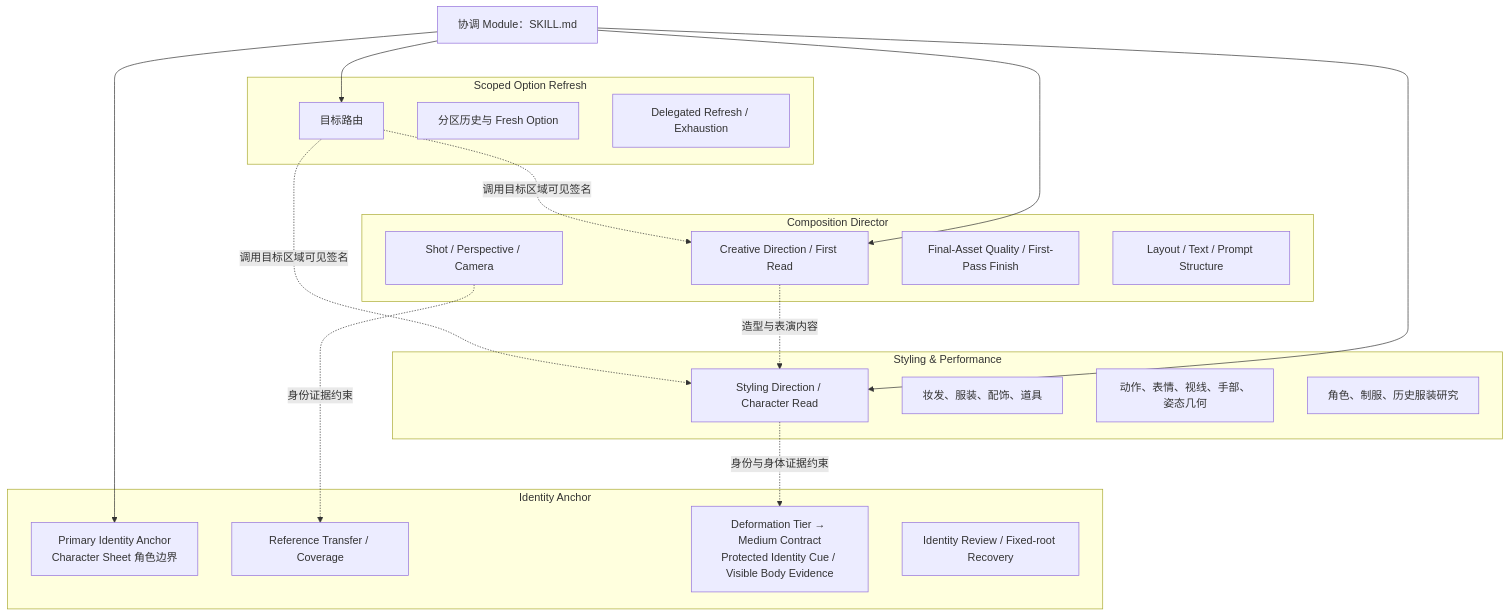
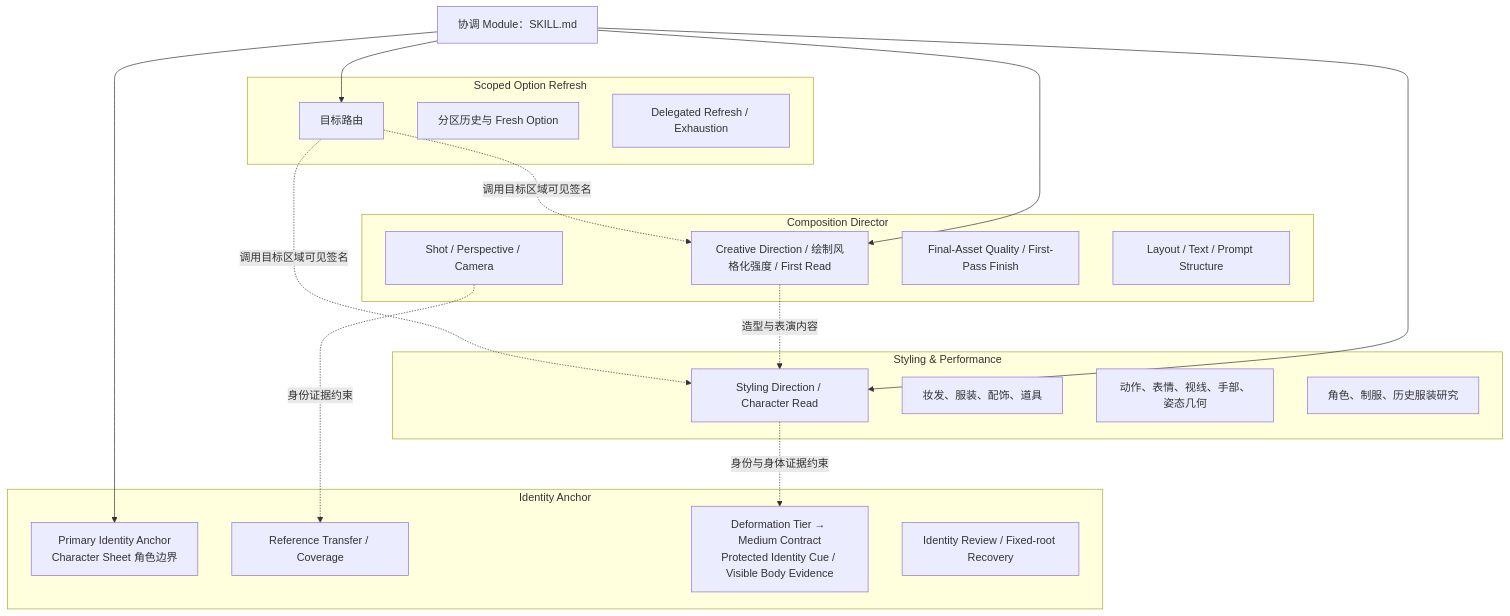
Before and after one commit to cyaoc/cast-me: the second of 13 diagrams in docs/architecture.md, drawn with Mermaid. The commit also changed other lines of this file and 4 other files, not shown here.

````diff
--- a/docs/architecture.md
+++ b/docs/architecture.md
@@ -64,41 +64,41 @@
 ```mermaid
 flowchart TB
     K["协调 Module：SKILL.md"]
 
     subgraph ID["Identity Anchor"]
         I1["Primary Identity Anchor<br/>Character Sheet 角色边界"]
         I2["Reference Transfer / Coverage"]
         I3["Deformation Tier → Medium Contract<br/>Protected Identity Cue / Visible Body Evidence"]
         I4["Identity Review / Fixed-root Recovery"]
     end
 
     subgraph COMP["Composition Director"]
-        C1["Creative Direction / First Read"]
+        C1["Creative Direction / 绘制风格化强度 / First Read"]
         C2["Shot / Perspective / Camera"]
         C3["Final-Asset Quality / First-Pass Finish"]
         C4["Layout / Text / Prompt Structure"]
     end
 
     subgraph STYLE["Styling & Performance"]
         S1["Styling Direction / Character Read"]
         S2["妆发、服装、配饰、道具"]
         S3["动作、表情、视线、手部、姿态几何"]
         S4["角色、制服、历史服装研究"]
     end
 
     subgraph REFRESH["Scoped Option Refresh"]
         R1["目标路由"]
         R2["分区历史与 Fresh Option"]
         R3["Delegated Refresh / Exhaustion"]
     end
 
     K --> I1
     K --> C1
     K --> S1
     K --> R1
     C2 -.身份证据约束.-> I2
     S1 -.身份与身体证据约束.-> I3
     C1 -.造型与表演内容.-> S1
     R1 -.调用目标区域可见签名.-> C1
     R1 -.调用目标区域可见签名.-> S1
 ```
````
